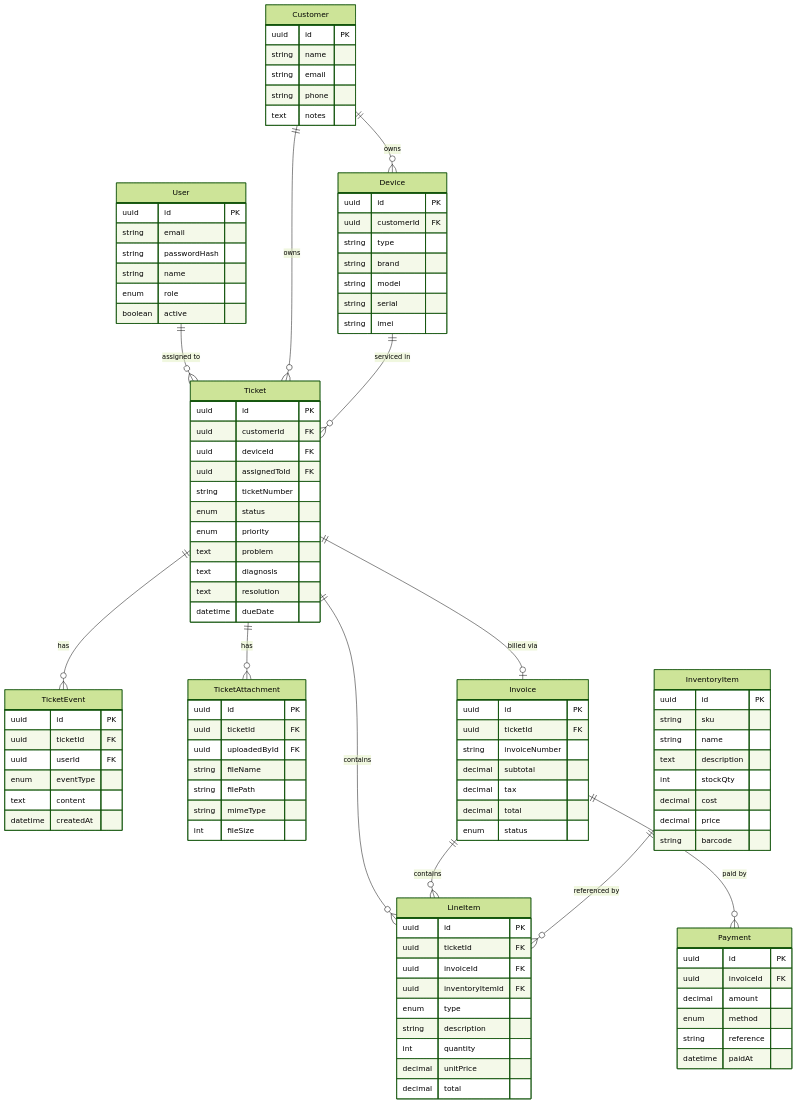
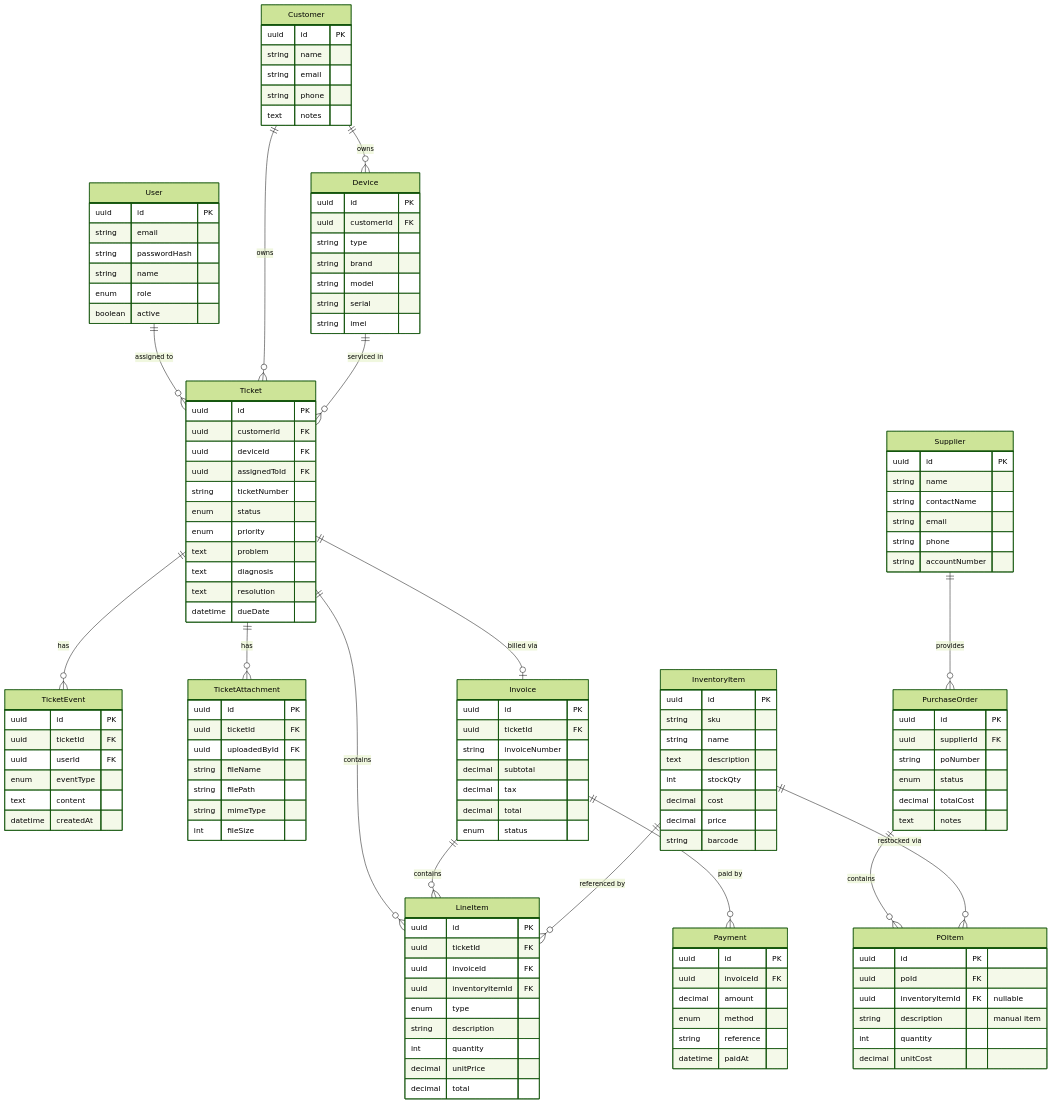
One commit to SpaceyPuppy/TechnoPro-CRM changed the second of 2 diagrams in docs/architecture.md. Above: the diagram before and after it, drawn with Mermaid (forest theme). The commit also changed 3 other files, not shown here.

Commit message:
docs: comprehensive update of README, architecture, and setup guides

````diff
--- a/docs/architecture.md
+++ b/docs/architecture.md
@@ -117,6 +117,9 @@
     Invoice ||--o{ Payment : "paid by"
     Invoice ||--o{ LineItem : "contains"
     InventoryItem ||--o{ LineItem : "referenced by"
+    Supplier ||--o{ PurchaseOrder : "provides"
+    PurchaseOrder ||--o{ POItem : "contains"
+    InventoryItem ||--o{ POItem : "restocked via"
 
     User {
         uuid id PK
@@ -219,4 +222,31 @@
         string reference
         datetime paidAt
     }
+
+    Supplier {
+        uuid id PK
+        string name
+        string contactName
+        string email
+        string phone
+        string accountNumber
+    }
+
+    PurchaseOrder {
+        uuid id PK
+        uuid supplierId FK
+        string poNumber
+        enum status
+        decimal totalCost
+        text notes
+    }
+
+    POItem {
+        uuid id PK
+        uuid poId FK
+        uuid inventoryItemId FK "nullable"
+        string description "manual item"
+        int quantity
+        decimal unitCost
+    }
 ```
````
